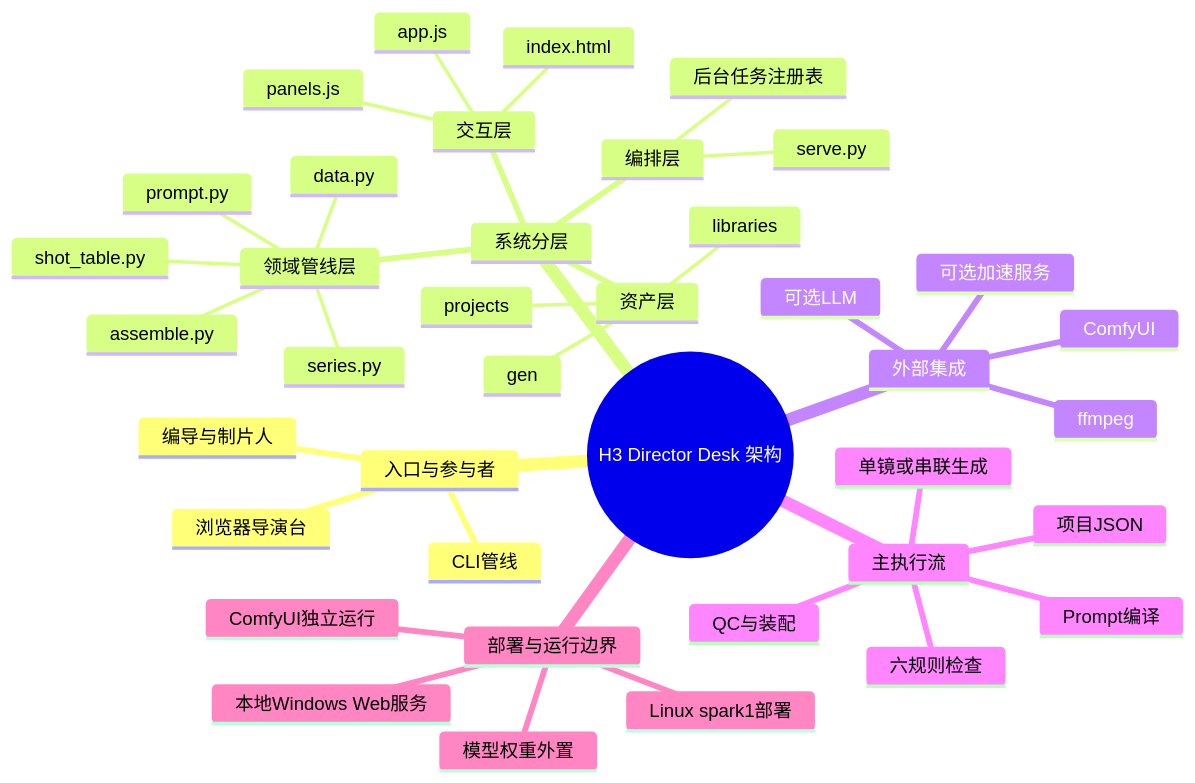
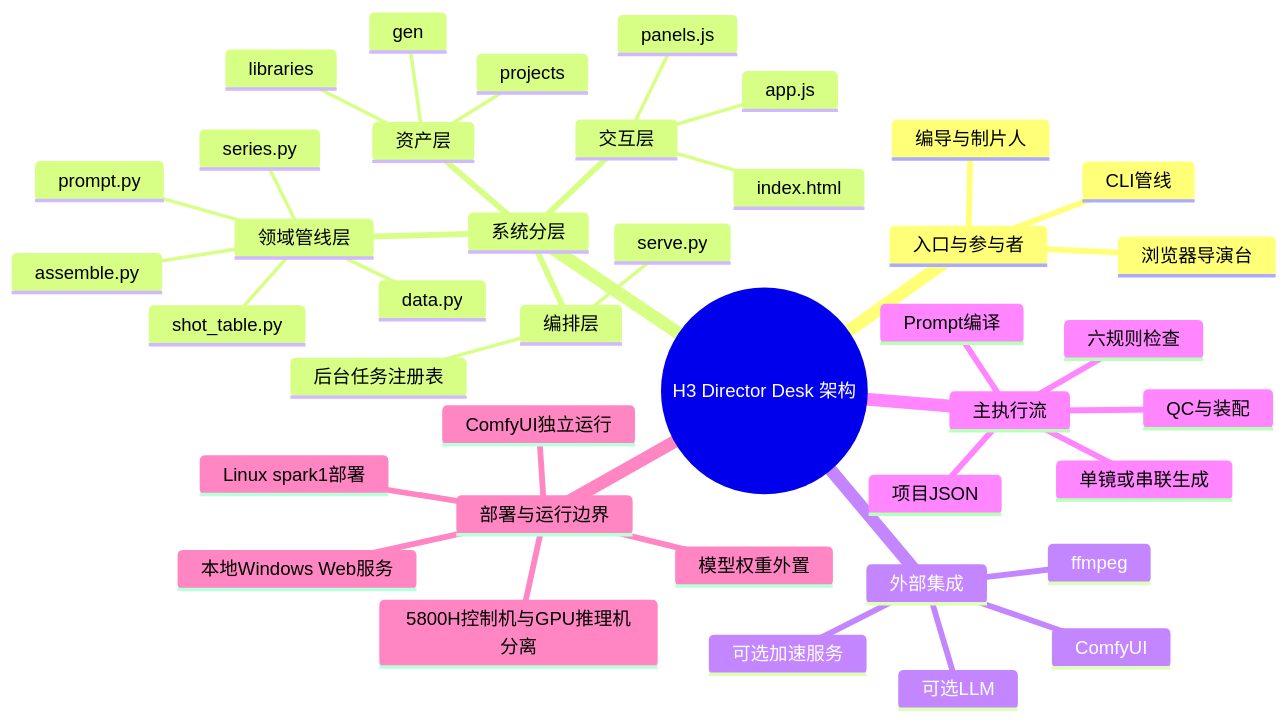
Before and after one commit to Exalex/h3-director-desk: the diagram in docs/project-evolution/mindmaps/architecture.md, drawn with Mermaid. The commit also changed 9 other files, not shown here.

````diff
--- a/docs/project-evolution/mindmaps/architecture.md
+++ b/docs/project-evolution/mindmaps/architecture.md
@@ -3,42 +3,43 @@
 ```mermaid
 mindmap
   root((H3 Director Desk 架构))
     入口与参与者
       浏览器导演台
       CLI管线
       编导与制片人
     系统分层
       交互层
         index.html
         app.js
         panels.js
       编排层
         serve.py
         后台任务注册表
       领域管线层
         data.py
         shot_table.py
         prompt.py
         series.py
         assemble.py
       资产层
         projects
         gen
         libraries
     外部集成
       ComfyUI
       可选加速服务
       可选LLM
       ffmpeg
     主执行流
       项目JSON
       六规则检查
       Prompt编译
       单镜或串联生成
       QC与装配
     部署与运行边界
       本地Windows Web服务
       Linux spark1部署
       ComfyUI独立运行
       模型权重外置
+      5800H控制机与GPU推理机分离
 ```
````
